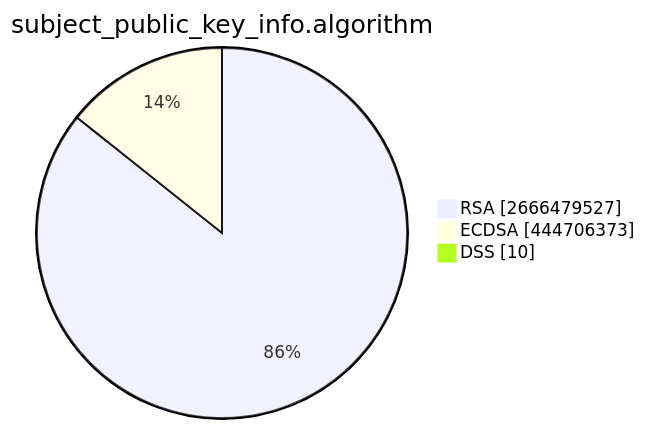
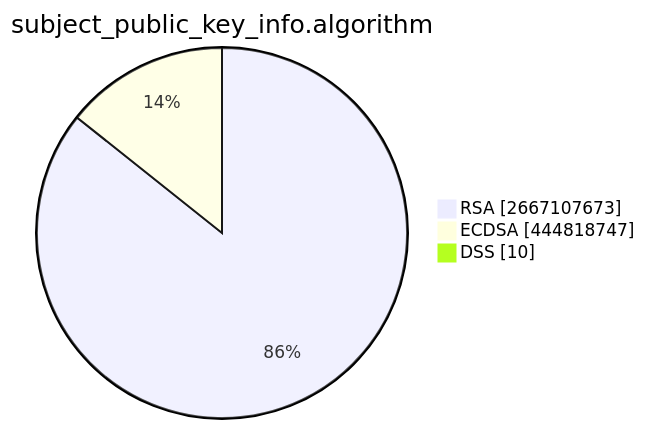
The second of 15 diagrams in TOTAL/README.md (christiankrug/ctmonitor_visualization), drawn with Mermaid before and after one commit. The commit also changed other lines of this file, not shown here.

````diff
--- a/TOTAL/README.md
+++ b/TOTAL/README.md
@@ -6,7 +6,7 @@
 ```mermaid
 pie showData
 title subject_public_key_info.algorithm
-"RSA" :2666479527
-"ECDSA" :444706373
+"RSA" :2667107673
+"ECDSA" :444818747
 "DSS" :10
 ```
````
